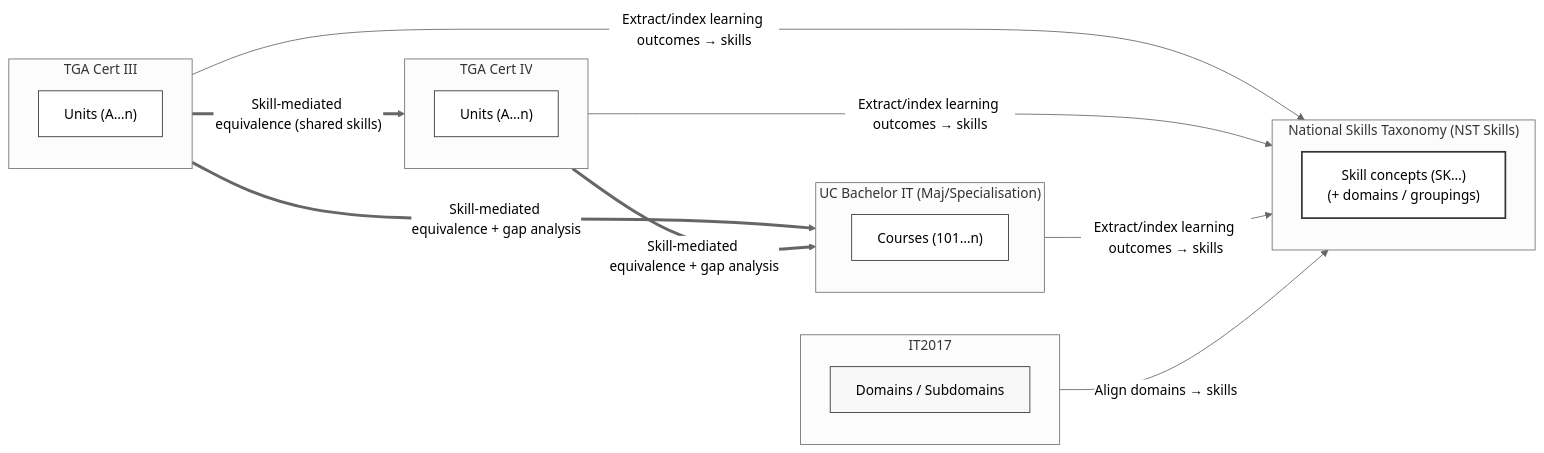
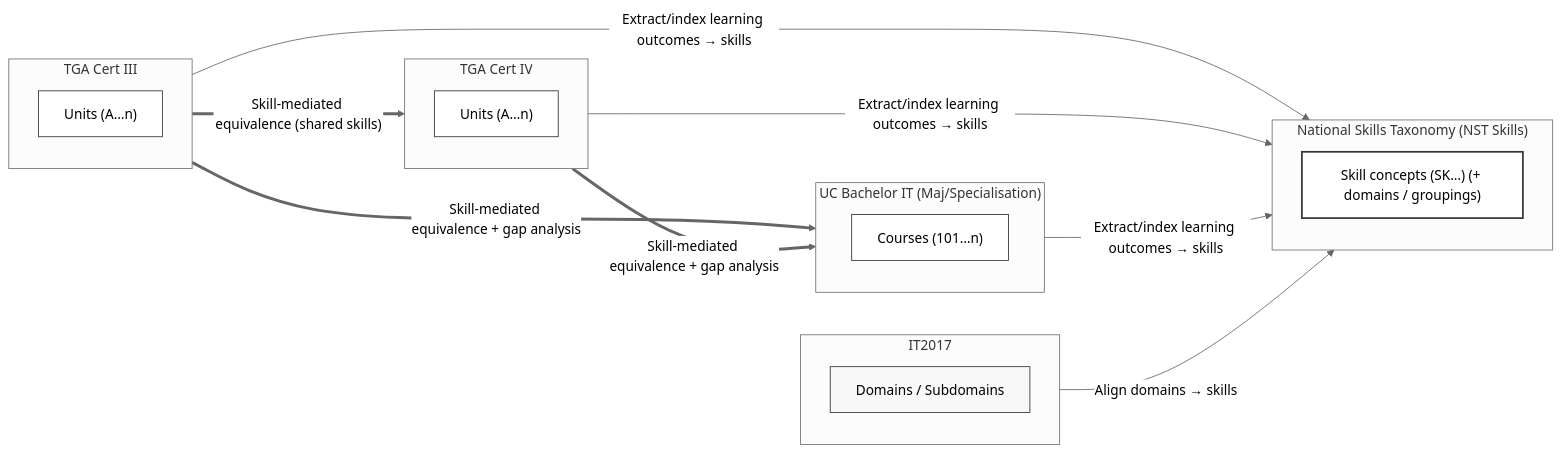
One commit to leskneebone/skills-SPARQL changed the third of 3 diagrams in reports/creditTransferModels.md. Above: the diagram before and after it, drawn with Mermaid (neutral theme). The commit also changed other lines of this file, not shown here.

````diff
--- a/reports/creditTransferModels.md
+++ b/reports/creditTransferModels.md
@@ -87,38 +87,38 @@
 ```mermaid
 flowchart LR
   %% Diagram 3 — NST Skills as the bridge (indexes VET + HE + IT2017)
   subgraph CertIII["TGA Cert III"]
     C3["Units (A…n)"]:::unit
   end
 
   subgraph CertIV["TGA Cert IV"]
     C4["Units (A…n)"]:::unit
   end
 
   subgraph UCBIT["UC Bachelor IT (Maj/Specialisation)"]
     UC["Courses (101…n)"]:::unit
   end
 
   subgraph IT2017["IT2017"]
     KA["Domains / Subdomains"]:::scheme
   end
 
   subgraph NST["National Skills Taxonomy (NST Skills)"]
-    Skills["Skill concepts (SK…)\n(+ domains / groupings)"]:::hero
+    Skills["Skill concepts (SK…) (+ domains / groupings)"]:::hero
   end
 
   %% NST indexes everything
   CertIII -->|"Extract/index learning outcomes → skills"| NST
   CertIV  -->|"Extract/index learning outcomes → skills"| NST
   UCBIT  -->|"Extract/index learning outcomes → skills"| NST
   IT2017 -->|"Align domains → skills"| NST
 
   %% Credit transfer becomes skill-mediated
   CertIII == "Skill-mediated equivalence + gap analysis" ==> UCBIT
   CertIV  == "Skill-mediated equivalence + gap analysis" ==> UCBIT
   CertIII == "Skill-mediated equivalence (shared skills)" ==> CertIV
 
   classDef unit fill:#fff,stroke:#333,stroke-width:1px;
   classDef scheme fill:#f8f8f8,stroke:#333,stroke-width:1px;
   classDef hero fill:#fff,stroke:#333,stroke-width:2px;
 ```
````
